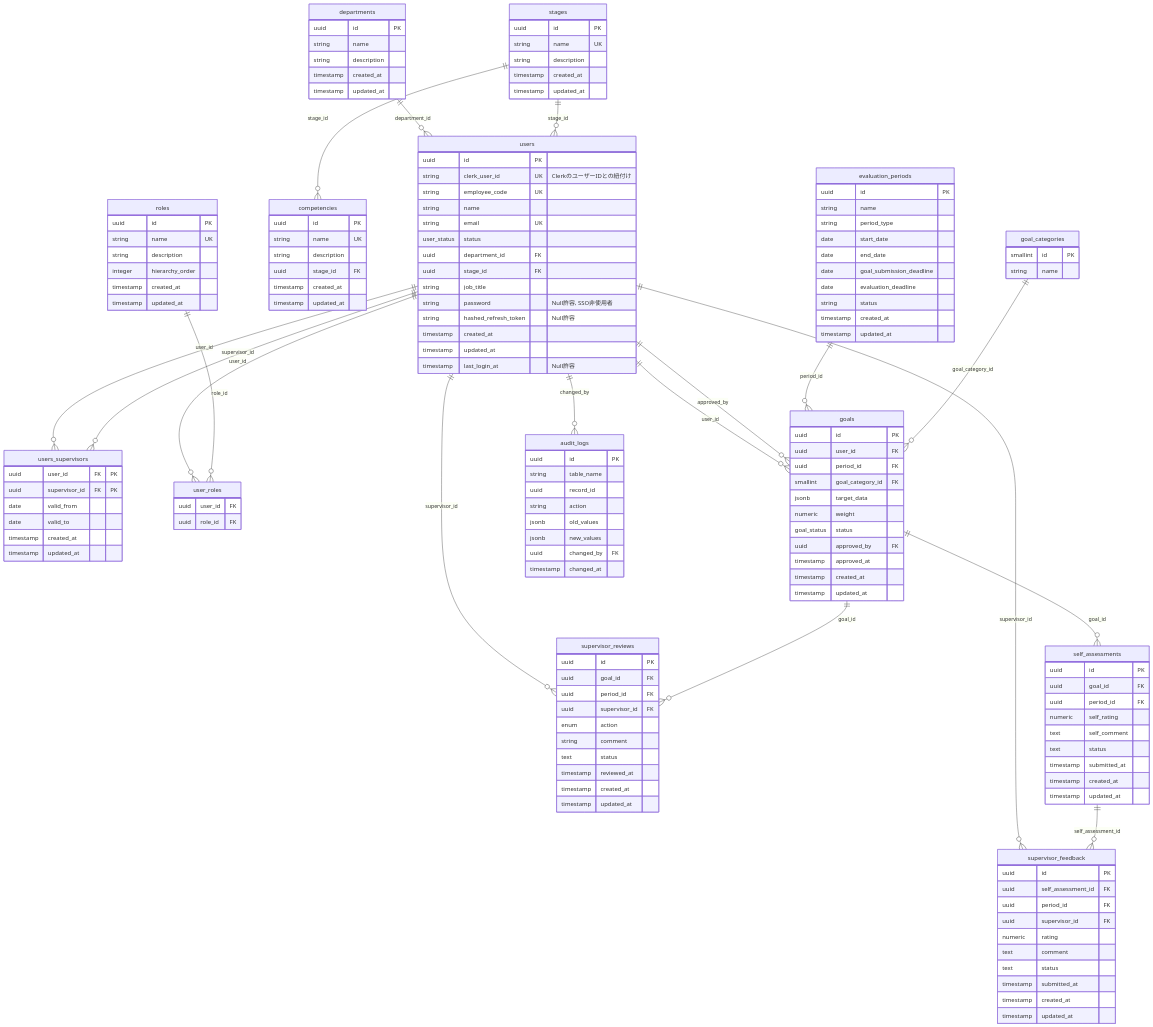
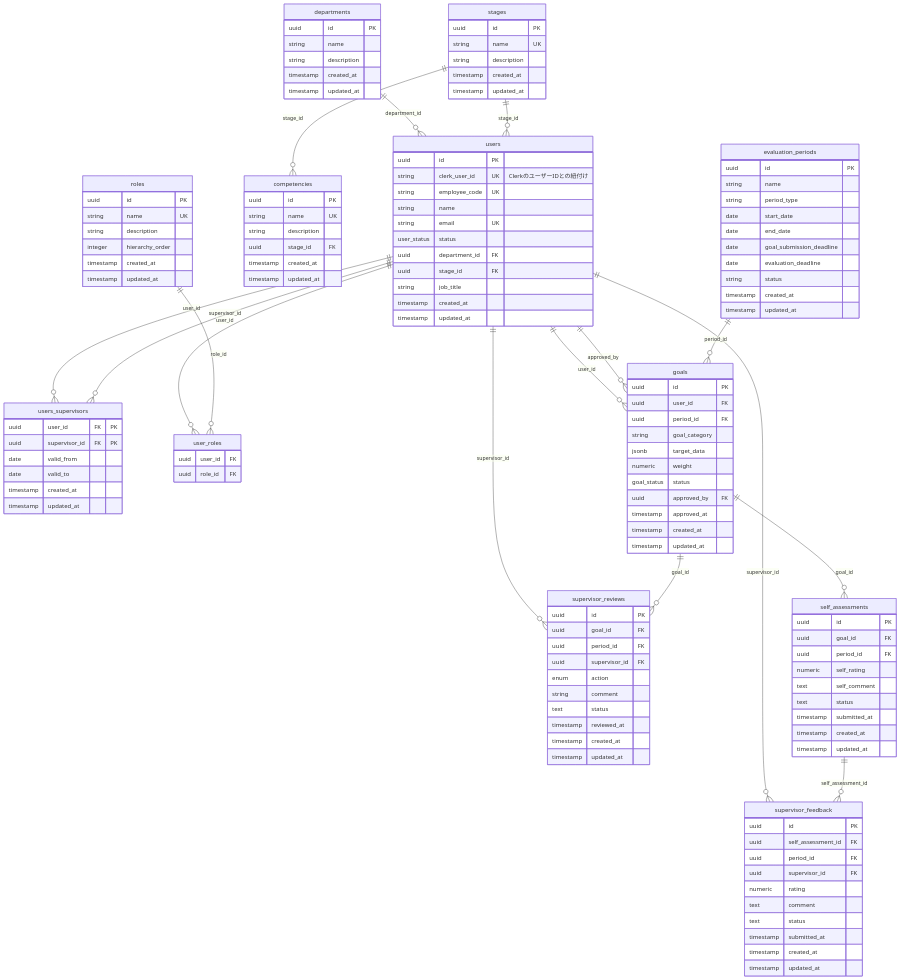
The diagram in docs/requirement-definition/02-tech/db/db_entity.md (shintairiku/evaluation-system), drawn with Mermaid before and after one commit. The commit also changed other lines of this file and 2 other files, not shown here.

Commit message:
refactor(goals): update goal_category descriptions to use Japanese terms for clarity

```diff
--- a/docs/requirement-definition/02-tech/db/db_entity.md
+++ b/docs/requirement-definition/02-tech/db/db_entity.md
@@ -11,11 +11,8 @@
         uuid department_id FK
         uuid stage_id FK
         string job_title
-        string password "Null許容, SSO非使用者"
-        string hashed_refresh_token "Null許容"
         timestamp created_at
         timestamp updated_at
-        timestamp last_login_at "Null許容"
     }
 
     departments {
@@ -82,16 +79,11 @@
     }
 
     %% 目標関連
-    goal_categories {
-        smallint id PK
-        string name
-    }
-
     goals {
         uuid id PK
         uuid user_id FK
         uuid period_id FK
-        smallint goal_category_id FK
+        string goal_category
         jsonb target_data
         numeric weight
         goal_status status
@@ -141,16 +133,7 @@
         timestamp updated_at
     }
 
-    audit_logs {
-        uuid id PK
-        string table_name
-        uuid record_id
-        string action
-        jsonb old_values
-        jsonb new_values
-        uuid changed_by FK
-        timestamp changed_at
-    }
+    
 
     %% リレーション
     departments ||--o{ users : "department_id"
@@ -163,14 +146,11 @@
     users ||--o{ goals : "approved_by"
     users ||--o{ supervisor_reviews : "supervisor_id"
     users ||--o{ supervisor_feedback : "supervisor_id"
-    users ||--o{ audit_logs : "changed_by"
 
     roles ||--o{ user_roles : "role_id"
 
     evaluation_periods ||--o{ goals : "period_id"
 
-    goal_categories ||--o{ goals : "goal_category_id"
-
     goals ||--o{ supervisor_reviews : "goal_id"
     goals ||--o{ self_assessments : "goal_id"
     self_assessments ||--o{ supervisor_feedback : "self_assessment_id"
```
